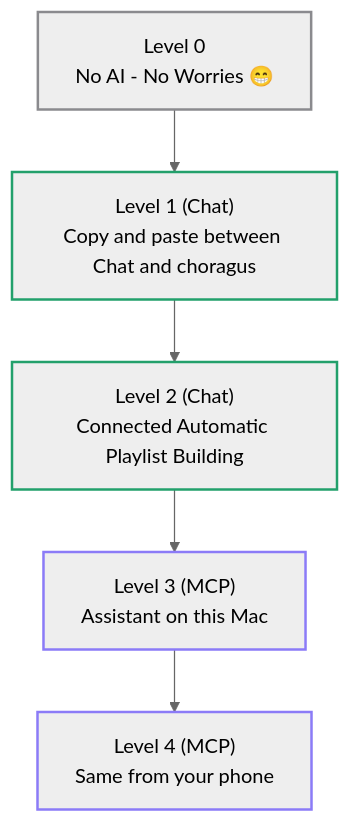
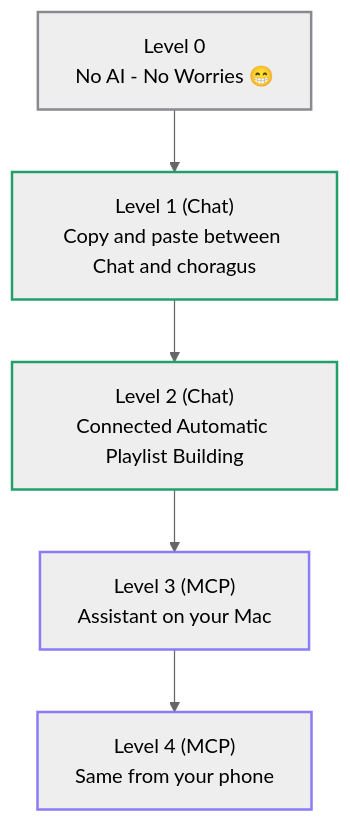
One commit to scottwaters/Choragus changed the diagram in docs/diagrams/ai-levels.mmd. Above: the diagram before and after it, drawn with Mermaid (neutral theme). The commit also changed 3 other files, not shown here.

Commit message:
docs: Level 3 reads "Assistant on your Mac" in the AI-levels diagram and the level table

```diff
--- a/docs/diagrams/ai-levels.mmd
+++ b/docs/diagrams/ai-levels.mmd
@@ -1,12 +1,12 @@
 flowchart TB
     L0["Level 0<br/>No AI - No Worries 😁"] --> L1["Level 1 (Chat)<br/>Copy and paste between Chat and choragus"]
     L1 --> L2["Level 2 (Chat)<br/>Connected Automatic Playlist Building"]
-    L2 --> L3["Level 3 (MCP)<br/>Assistant on this Mac"]
+    L2 --> L3["Level 3 (MCP)<br/>Assistant on your Mac"]
     L3 --> L4["Level 4 (MCP)<br/>Same from your phone"]
 
     classDef none stroke:#8a8a8e,stroke-width:2px
     classDef local stroke:#22a06b,stroke-width:2px
     classDef cloud stroke:#8b7bf7,stroke-width:2px
     class L0 none
     class L1,L2 local
     class L3,L4 cloud
```
